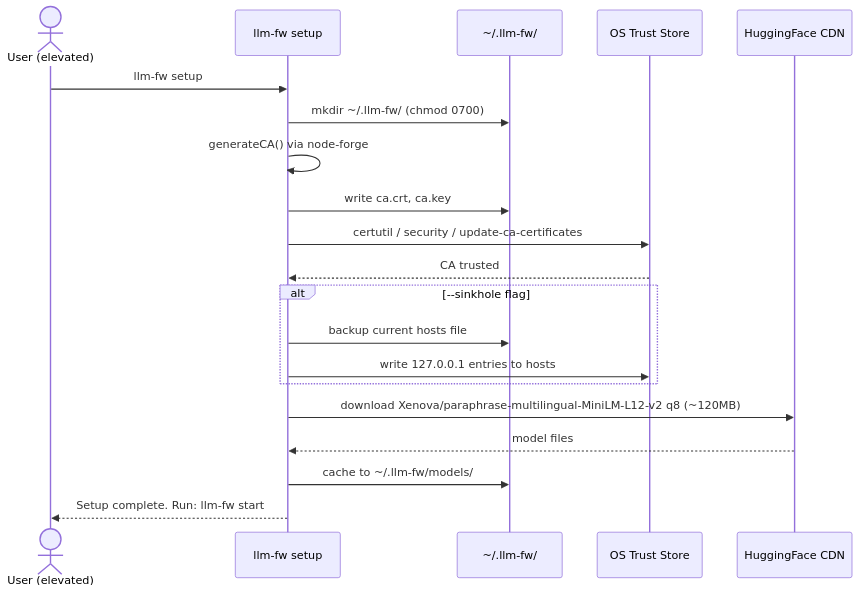
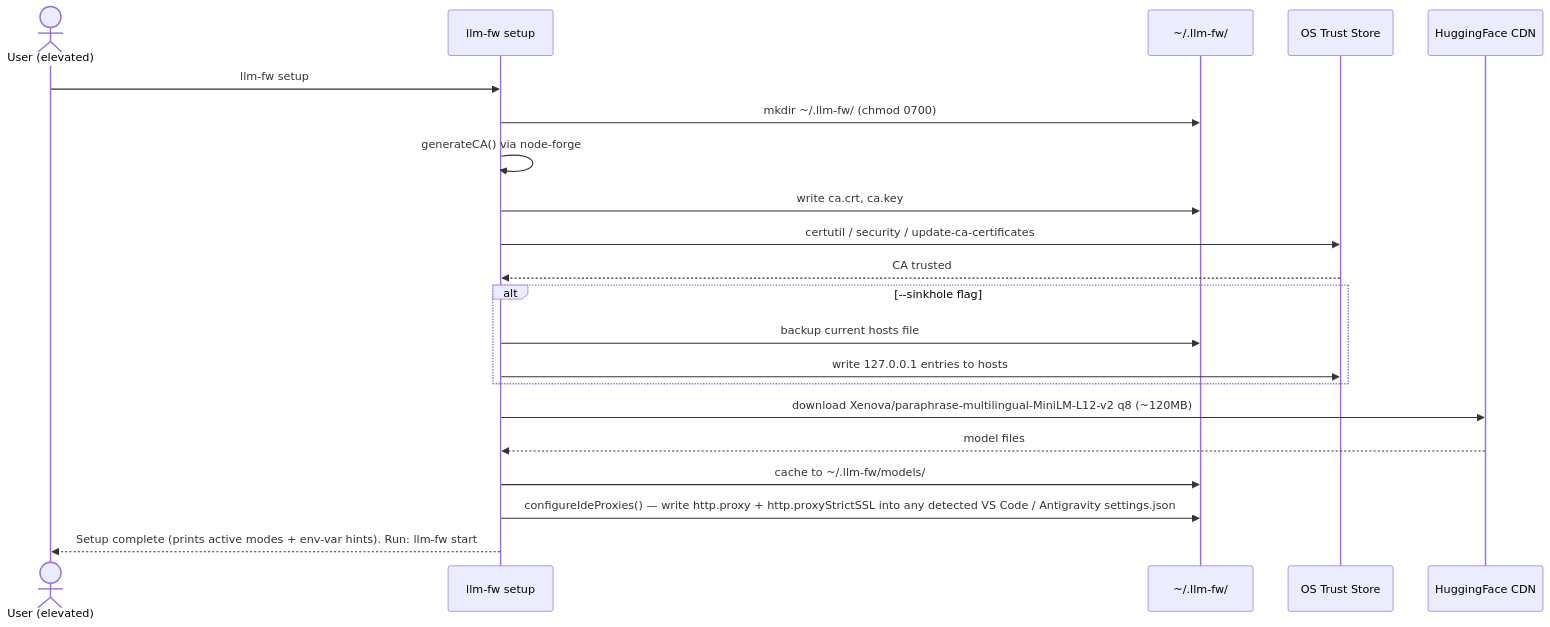
Before and after one commit to PIsberg/llm-fw: the eighth of 11 diagrams in docs/ARCHITECTURE.md, drawn with Mermaid. The commit also changed other lines of this file and 2 other files, not shown here.

First line of the commit message:
docs: update README + ARCHITECTURE for whitelist, translate, IDE proxy & env-var uninstall

````diff
--- a/docs/ARCHITECTURE.md
+++ b/docs/ARCHITECTURE.md
@@ -309,25 +323,27 @@
 ```mermaid
 sequenceDiagram
     actor U as User (elevated)
     participant CLI as llm-fw setup
     participant FS as ~/.llm-fw/
     participant OS as OS Trust Store
     participant HF as HuggingFace CDN
 
     U->>CLI: llm-fw setup
     CLI->>FS: mkdir ~/.llm-fw/ (chmod 0700)
     CLI->>CLI: generateCA() via node-forge
     CLI->>FS: write ca.crt, ca.key
     CLI->>OS: certutil / security / update-ca-certificates
     OS-->>CLI: CA trusted
 
     alt --sinkhole flag
         CLI->>FS: backup current hosts file
         CLI->>OS: write 127.0.0.1 entries to hosts
     end
 
     CLI->>HF: download Xenova/paraphrase-multilingual-MiniLM-L12-v2 q8 (~120MB)
     HF-->>CLI: model files
     CLI->>FS: cache to ~/.llm-fw/models/
-    CLI-->>U: Setup complete. Run: llm-fw start
+
+    CLI->>FS: configureIdeProxies() — write http.proxy + http.proxyStrictSSL into any detected VS Code / Antigravity settings.json
+    CLI-->>U: Setup complete (prints active modes + env-var hints). Run: llm-fw start
 ```
````
